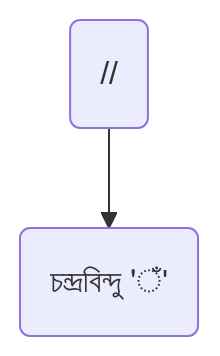
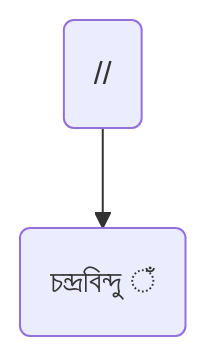
Before and after one commit to KhiproTeam/khipro-quickstart: diagram 19 of 27 in README.md, drawn with Mermaid.

Commit message:
Update representation of the 'ঁ' character in flowchart

````diff
--- a/README.md
+++ b/README.md
@@ -271,4 +271,4 @@
 ```mermaid
 flowchart TD
-a(//) --> b(চন্দ্রবিন্দু 'ঁ' )
+a(//) --> b(চন্দ্রবিন্দু ◌ঁ )
 ```
````
